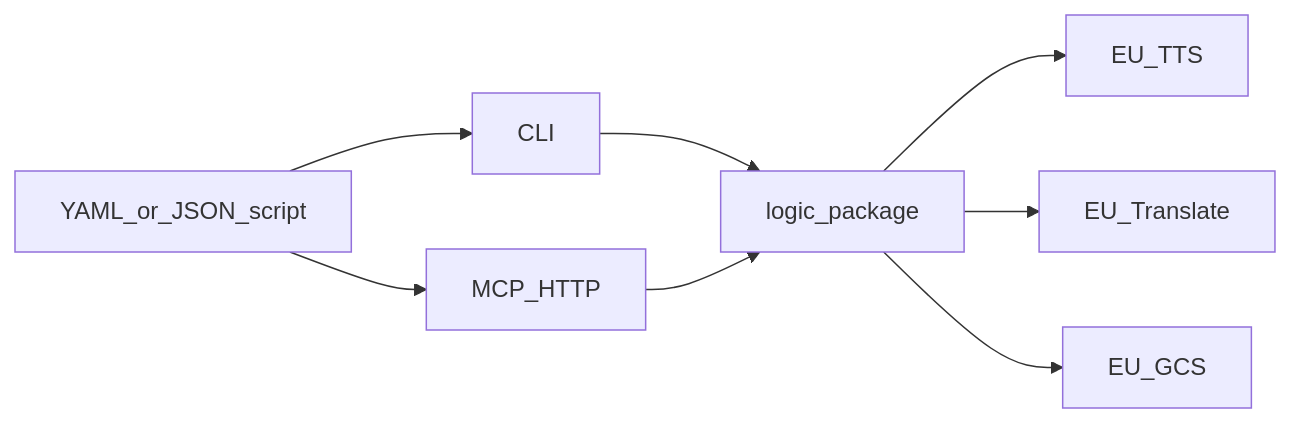
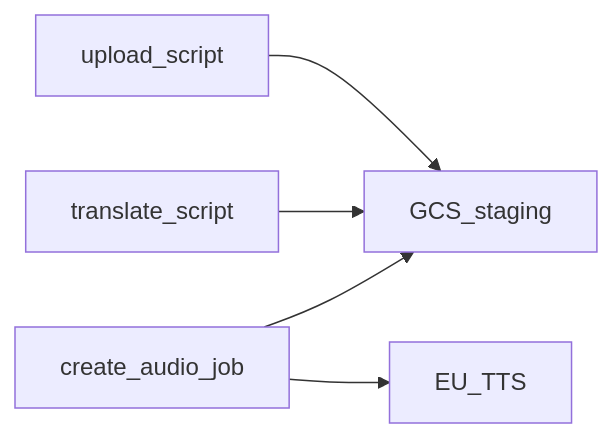
The second of 3 diagrams in README.md (se02035/agentic-audio-conversations), drawn with Mermaid before and after one commit. The commit also changed other lines of this file and 37 other files, not shown here.

````diff
--- a/README.md
+++ b/README.md
@@ -36,17 +36,12 @@
 ```mermaid
 flowchart LR
-  script[YAML_or_JSON_script]
-  logic[logic_package]
-  cli[CLI]
-  mcp[MCP_HTTP]
+  upload[upload_script]
+  translate[translate_script]
+  job[create_audio_job]
   tts[EU_TTS]
-  translate[EU_Translate]
-  gcs[EU_GCS]
-  script --> cli
-  script --> mcp
-  cli --> logic
-  mcp --> logic
-  logic --> tts
-  logic --> translate
-  logic --> gcs
+  gcs[GCS_staging]
+  upload --> gcs
+  translate --> gcs
+  job --> tts
+  job --> gcs
 ```
````
